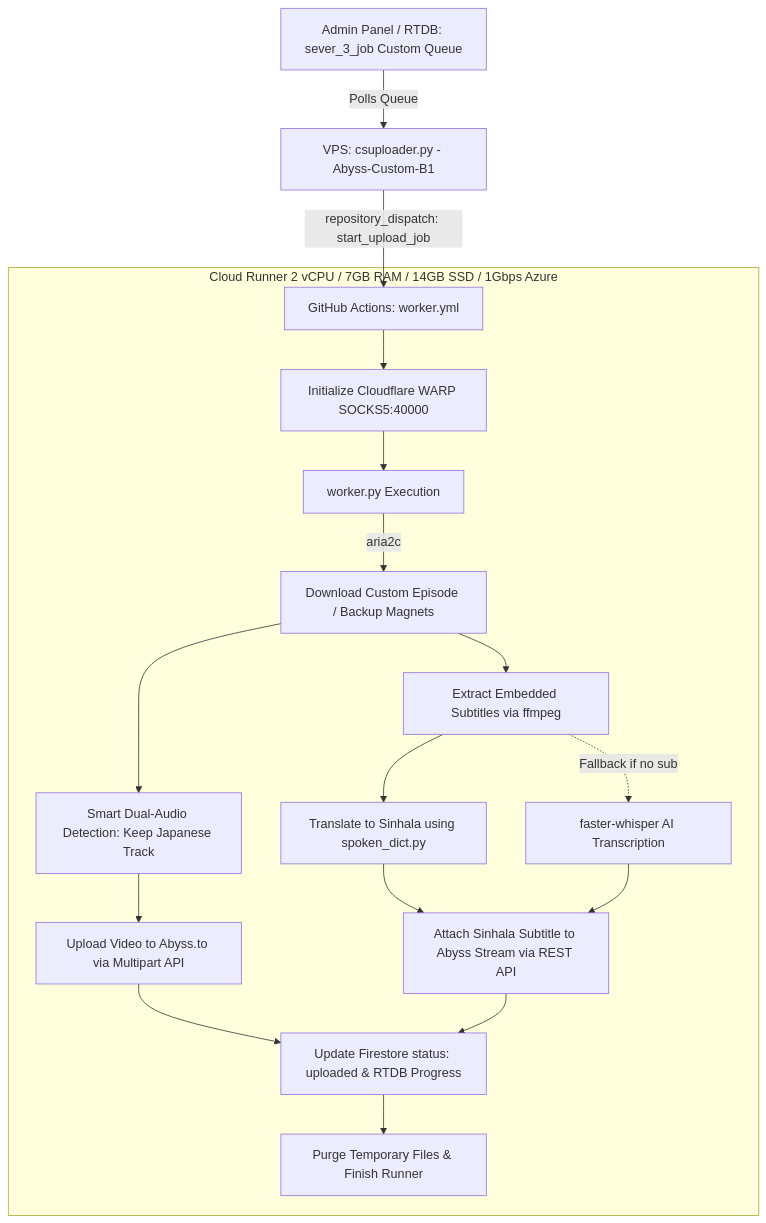
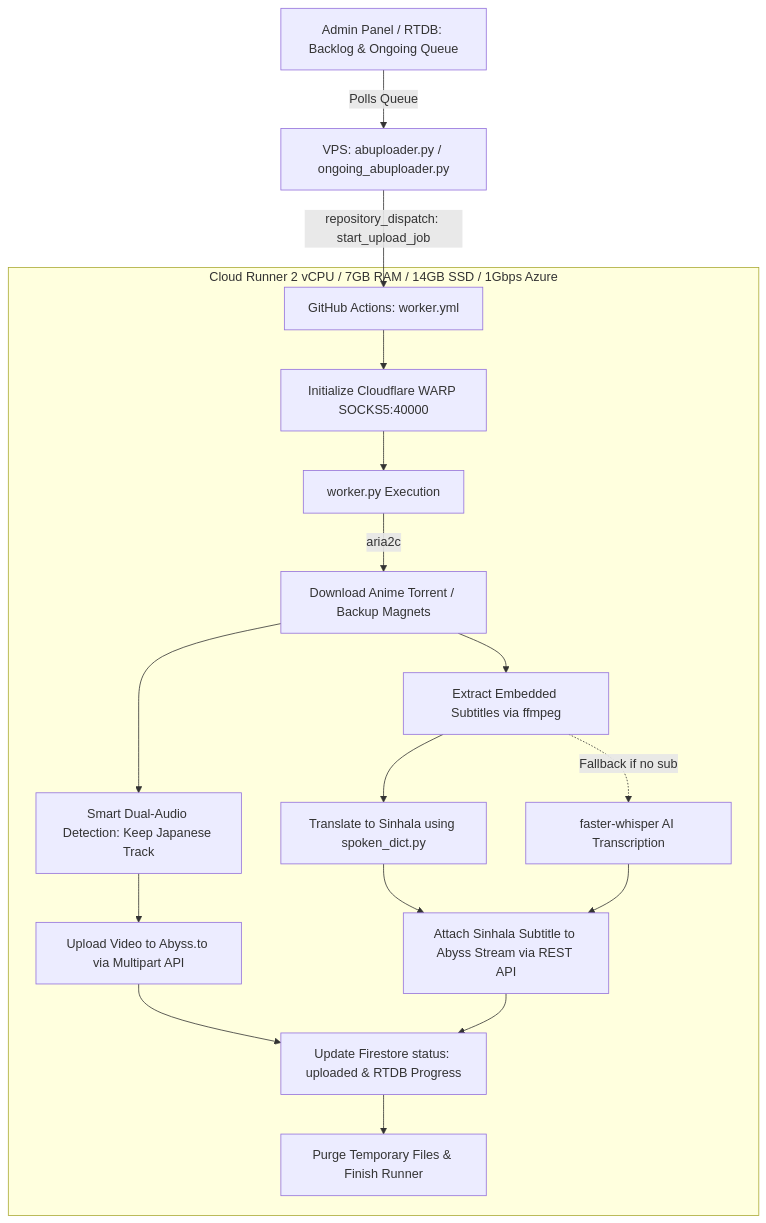
The diagram in README.md (vinothgeethika/media-processor-Custom), drawn with Mermaid before and after one commit. The commit also changed other lines of this file and 1 other file, not shown here.

````diff
--- a/README.md
+++ b/README.md
@@ -42,19 +41,19 @@
 ```mermaid
 graph TD
-    A[Admin Panel / RTDB: sever_3_job Custom Queue] -->|Polls Queue| B[VPS: csuploader.py - Abyss-Custom-B1]
+    A[Admin Panel / RTDB: Backlog & Ongoing Queue] -->|Polls Queue| B[VPS: abuploader.py / ongoing_abuploader.py]
     B -->|repository_dispatch: start_upload_job| C[GitHub Actions: worker.yml]
     
     subgraph Cloud Runner 2 vCPU / 7GB RAM / 14GB SSD / 1Gbps Azure
         C --> D[Initialize Cloudflare WARP SOCKS5:40000]
         D --> E[worker.py Execution]
-        E -->|aria2c| F[Download Custom Episode / Backup Magnets]
+        E -->|aria2c| F[Download Anime Torrent / Backup Magnets]
         F --> G[Extract Embedded Subtitles via ffmpeg]
         G --> H[Translate to Sinhala using spoken_dict.py]
         G -.->|Fallback if no sub| I[faster-whisper AI Transcription]
         F --> J[Smart Dual-Audio Detection: Keep Japanese Track]
         J --> K[Upload Video to Abyss.to via Multipart API]
         H & I --> L[Attach Sinhala Subtitle to Abyss Stream via REST API]
         K & L --> M[Update Firestore status: uploaded & RTDB Progress]
         M --> N[Purge Temporary Files & Finish Runner]
     end
 ```
````
